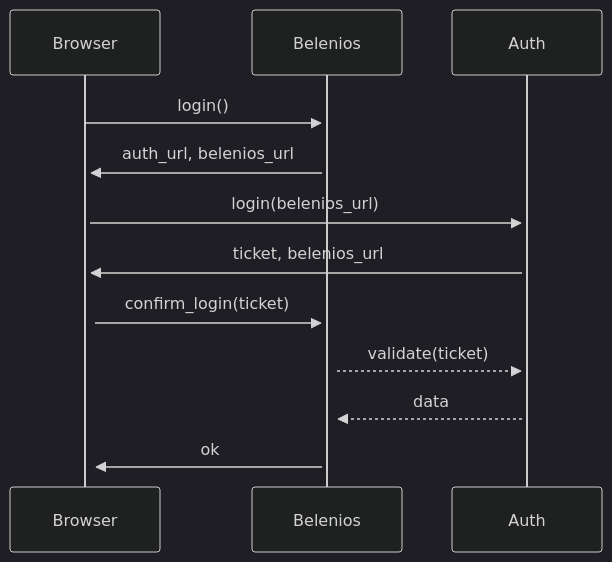
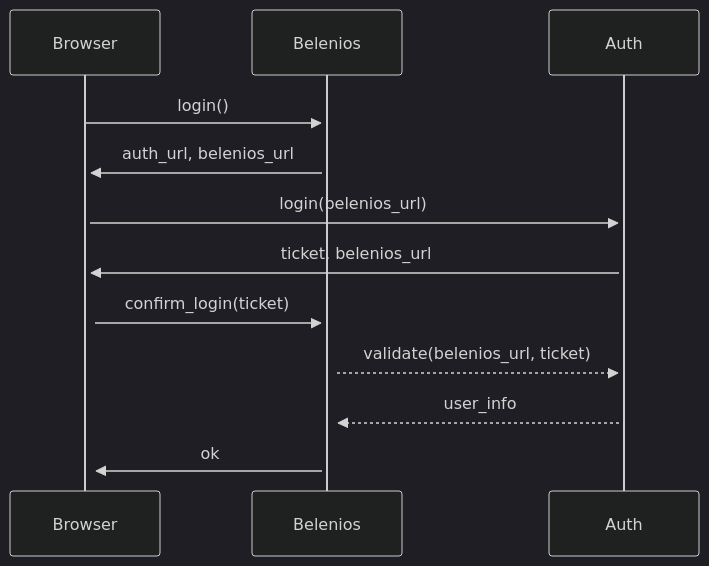
Before and after one commit to glondu/belenios: the first of 2 diagrams in doc/auth.md, drawn with Mermaid (dark theme). The commit also changed other lines of this file, not shown here.

Commit message:
More precise documentation for auth protocols

````diff
--- a/doc/auth.md
+++ b/doc/auth.md
@@ -5,11 +5,11 @@
 ```mermaid
 sequenceDiagram
     Browser->>+Belenios: login()
     Belenios->>+Browser: auth_url, belenios_url
     Browser->>+Auth: login(belenios_url)
     Auth->>+Browser: ticket, belenios_url
     Browser->>+Belenios: confirm_login(ticket)
-    Belenios-->>+Auth: validate(ticket)
-    Auth-->>+Belenios: data
+    Belenios-->>+Auth: validate(belenios_url, ticket)
+    Auth-->>+Belenios: user_info
     Belenios->>+Browser: ok
 ```
````
